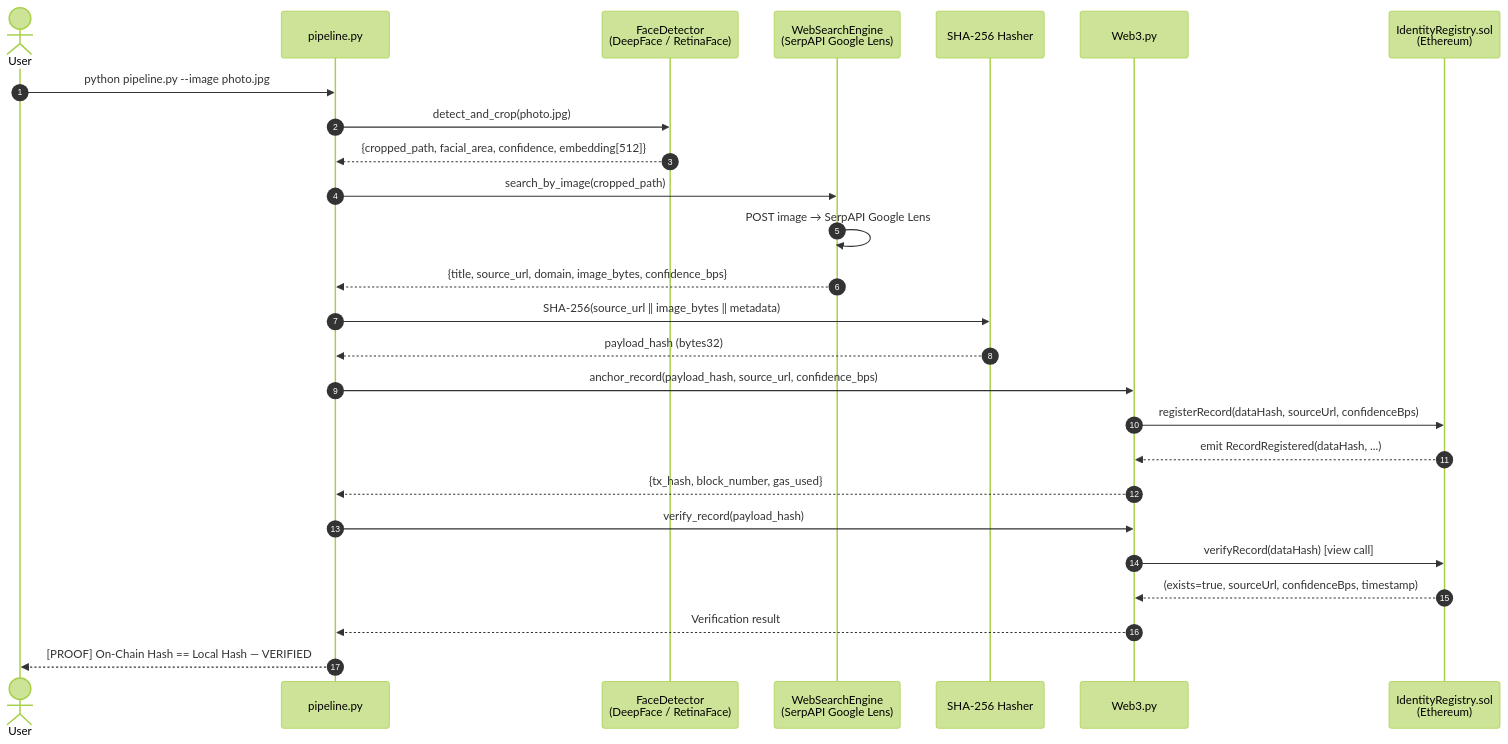
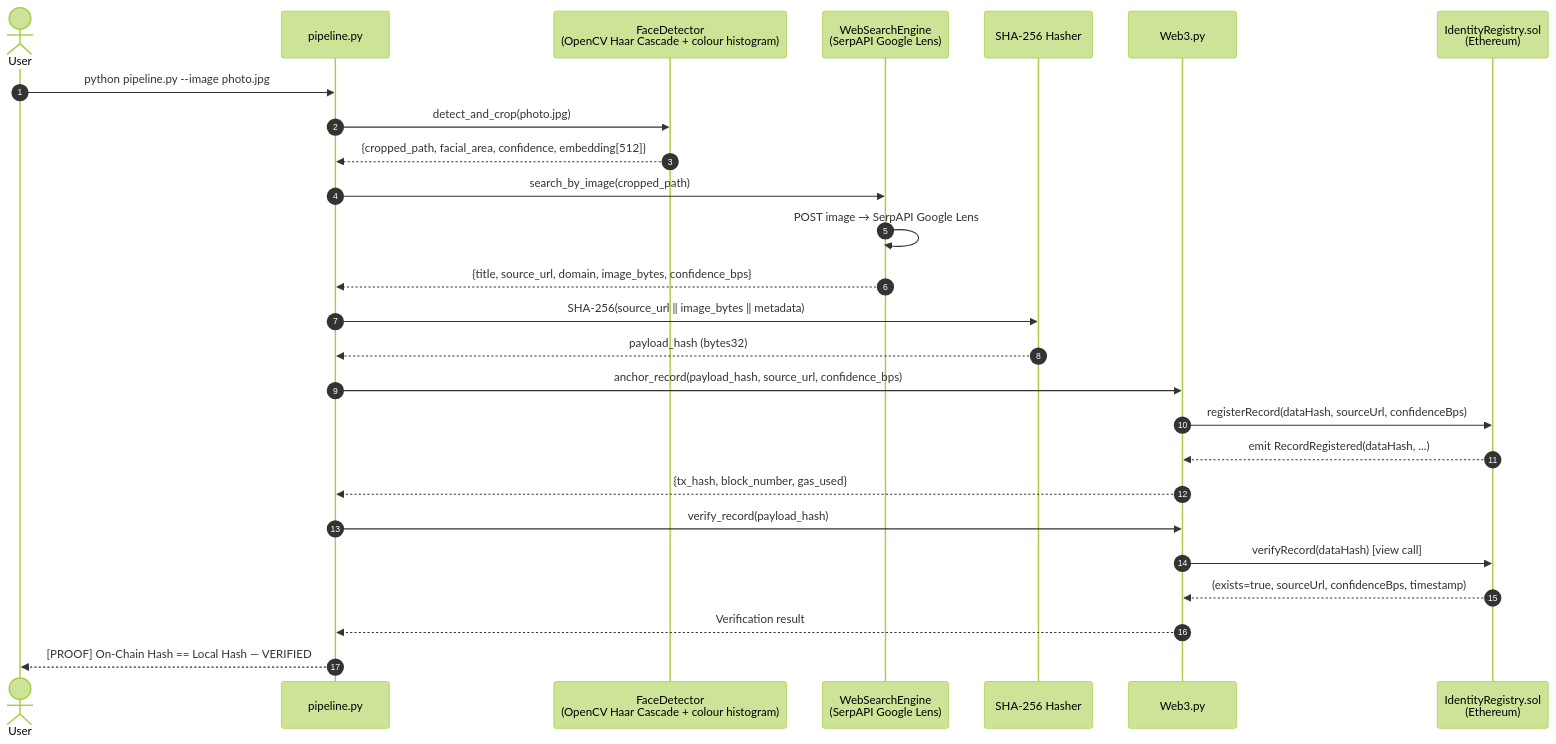
One commit to ShrujanSunkari/hh_goa_task3 changed the diagram in README.md. Above: the diagram before and after it, drawn with Mermaid (forest theme). The commit also changed other lines of this file and 6 other files, not shown here.

````diff
--- a/README.md
+++ b/README.md
@@ -43,34 +42,34 @@
 ```mermaid
 sequenceDiagram
     autonumber
     actor User
     participant CLI   as pipeline.py
-    participant FD    as FaceDetector<br/>(DeepFace / RetinaFace)
+    participant FD    as FaceDetector<br/>(OpenCV Haar Cascade + colour histogram)
     participant SE    as WebSearchEngine<br/>(SerpAPI Google Lens)
     participant Hash  as SHA-256 Hasher
     participant W3    as Web3.py
     participant Chain as IdentityRegistry.sol<br/>(Ethereum)
 
     User  ->> CLI   : python pipeline.py --image photo.jpg
     CLI   ->> FD    : detect_and_crop(photo.jpg)
     FD    -->> CLI  : {cropped_path, facial_area, confidence, embedding[512]}
 
     CLI   ->> SE    : search_by_image(cropped_path)
     SE    ->> SE    : POST image → SerpAPI Google Lens
     SE    -->> CLI  : {title, source_url, domain, image_bytes, confidence_bps}
 
     CLI   ->> Hash  : SHA-256(source_url ‖ image_bytes ‖ metadata)
     Hash  -->> CLI  : payload_hash (bytes32)
 
     CLI   ->> W3    : anchor_record(payload_hash, source_url, confidence_bps)
     W3    ->> Chain : registerRecord(dataHash, sourceUrl, confidenceBps)
     Chain -->> W3   : emit RecordRegistered(dataHash, ...)
     W3    -->> CLI  : {tx_hash, block_number, gas_used}
 
     CLI   ->> W3    : verify_record(payload_hash)
     W3    ->> Chain : verifyRecord(dataHash) [view call]
     Chain -->> W3   : (exists=true, sourceUrl, confidenceBps, timestamp)
     W3    -->> CLI  : Verification result
 
     CLI   -->> User : [PROOF] On-Chain Hash == Local Hash — VERIFIED
 ```
````
